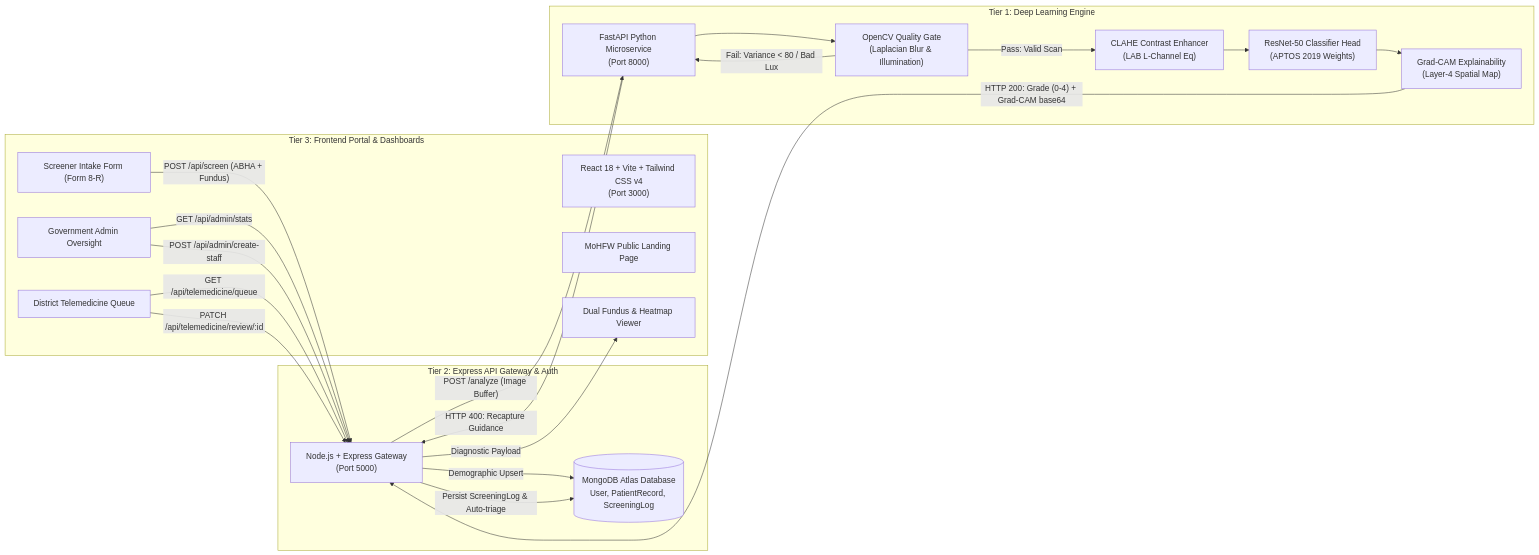
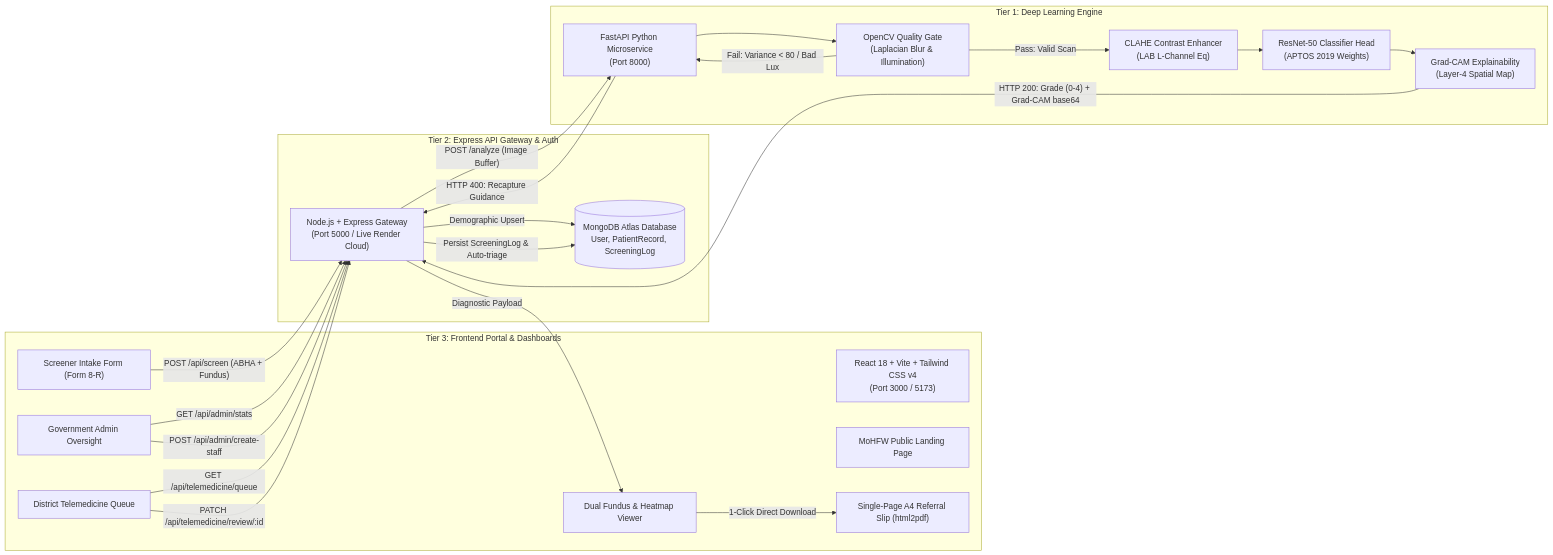
Before and after one commit to S-Akram006/Drishti: the diagram in README.md, drawn with Mermaid. The commit also changed other lines of this file, not shown here.

Commit message:
docs: update README with live cloud gateway, dynamic API base, and 1-page A4 PDF architecture

````diff
--- a/README.md
+++ b/README.md
@@ -37,39 +40,41 @@
 ```mermaid
 flowchart LR
     subgraph Tier3 [Tier 3: Frontend Portal & Dashboards]
-        A["React 18 + Vite + Tailwind CSS v4<br/>(Port 3000)"]
+        A["React 18 + Vite + Tailwind CSS v4<br/>(Port 3000 / 5173)"]
         A1["MoHFW Public Landing Page"]
         A2["Screener Intake Form (Form 8-R)"]
         A3["Dual Fundus & Heatmap Viewer"]
         A4["Government Admin Oversight"]
         A5["District Telemedicine Queue"]
+        A6["Single-Page A4 Referral Slip (html2pdf)"]
     end
 
     subgraph Tier2 [Tier 2: Express API Gateway & Auth]
-        B["Node.js + Express Gateway<br/>(Port 5000)"]
+        B["Node.js + Express Gateway<br/>(Port 5000 / Live Render Cloud)"]
         C[("MongoDB Atlas Database<br/>User, PatientRecord, ScreeningLog")]
     end
 
     subgraph Tier1 [Tier 1: Deep Learning Engine]
         D["FastAPI Python Microservice<br/>(Port 8000)"]
         E["OpenCV Quality Gate<br/>(Laplacian Blur & Illumination)"]
         F["CLAHE Contrast Enhancer<br/>(LAB L-Channel Eq)"]
         G["ResNet-50 Classifier Head<br/>(APTOS 2019 Weights)"]
         H["Grad-CAM Explainability<br/>(Layer-4 Spatial Map)"]
     end
 
     A2 -->|"POST /api/screen (ABHA + Fundus)"| B
     B -->|"Demographic Upsert"| C
     B -->|"POST /analyze (Image Buffer)"| D
     D --> E
     E -->|"Pass: Valid Scan"| F --> G --> H
     E -->|"Fail: Variance < 80 / Bad Lux"| D
     D -->|"HTTP 400: Recapture Guidance"| B
     H -->|"HTTP 200: Grade (0-4) + Grad-CAM base64"| B
     B -->|"Persist ScreeningLog & Auto-triage"| C
     B -->|"Diagnostic Payload"| A3
+    A3 -->|"1-Click Direct Download"| A6
     A4 -->|"GET /api/admin/stats"| B
     A4 -->|"POST /api/admin/create-staff"| B
     A5 -->|"GET /api/telemedicine/queue"| B
     A5 -->|"PATCH /api/telemedicine/review/:id"| B
 ```
````
